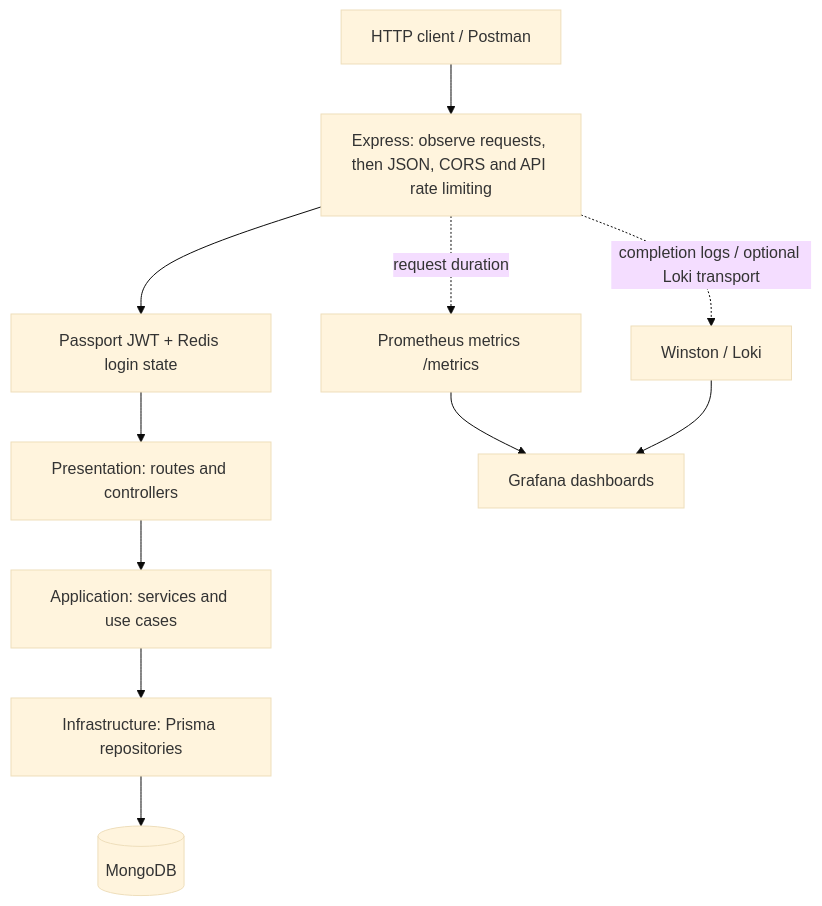
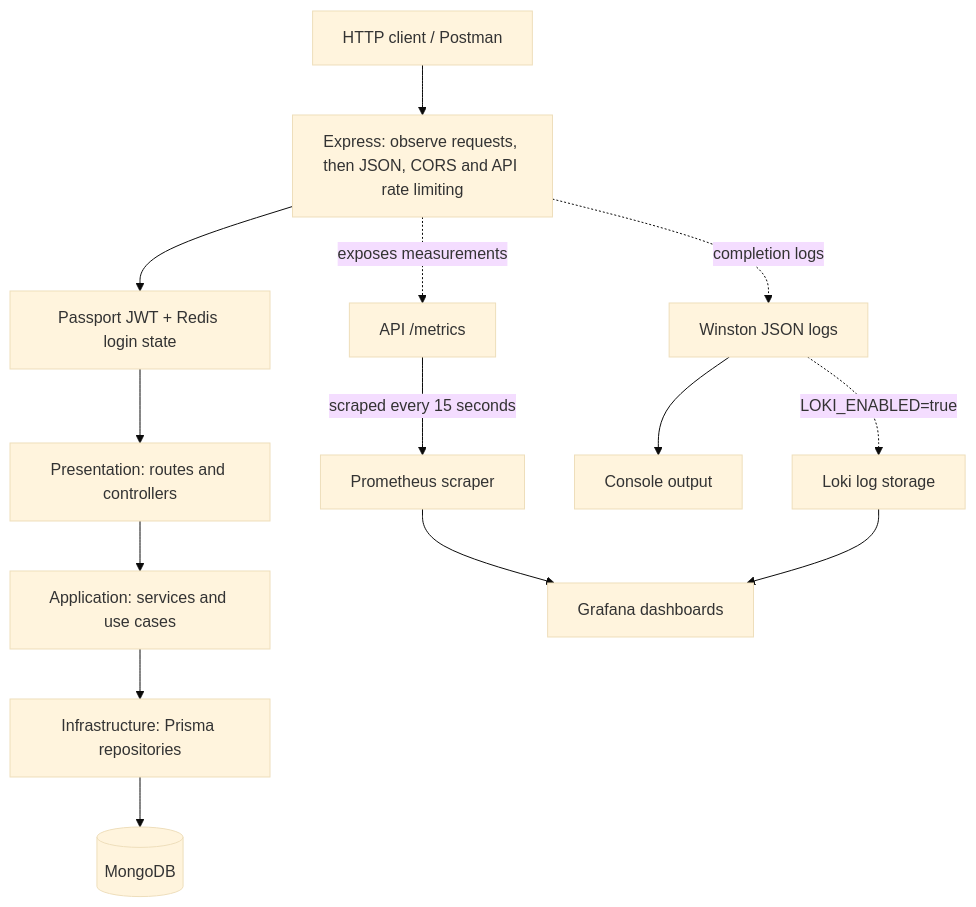
The first of 3 diagrams in README.md (stackwander/backend-ts-monitoring-logging), drawn with Mermaid (base theme) before and after one commit. The commit also changed other lines of this file, not shown here.

````diff
--- a/README.md
+++ b/README.md
@@ -47,19 +69,22 @@
 ```mermaid
 flowchart TD
     Client[HTTP client / Postman]
     HTTP[Express: observe requests, then JSON, CORS and API rate limiting]
     Auth[Passport JWT + Redis login state]
     Controller[Presentation: routes and controllers]
     Service[Application: services and use cases]
     Repository[Infrastructure: Prisma repositories]
     Mongo[(MongoDB)]
-    Metrics[Prometheus metrics /metrics]
-    Logs[Winston / Loki]
+    Endpoint[API /metrics]
+    Prometheus[Prometheus scraper]
+    Winston[Winston JSON logs]
+    Console[Console output]
+    Loki[Loki log storage]
     Grafana[Grafana dashboards]
 
     Client --> HTTP --> Auth --> Controller --> Service --> Repository --> Mongo
-    HTTP -. request duration .-> Metrics
-    HTTP -. completion logs / optional Loki transport .-> Logs
-    Metrics --> Grafana
-    Logs --> Grafana
+    HTTP -. exposes measurements .-> Endpoint
+    Endpoint -->|scraped every 15 seconds| Prometheus --> Grafana
+    HTTP -. completion logs .-> Winston --> Console
+    Winston -. LOKI_ENABLED=true .-> Loki --> Grafana
 ```
````
